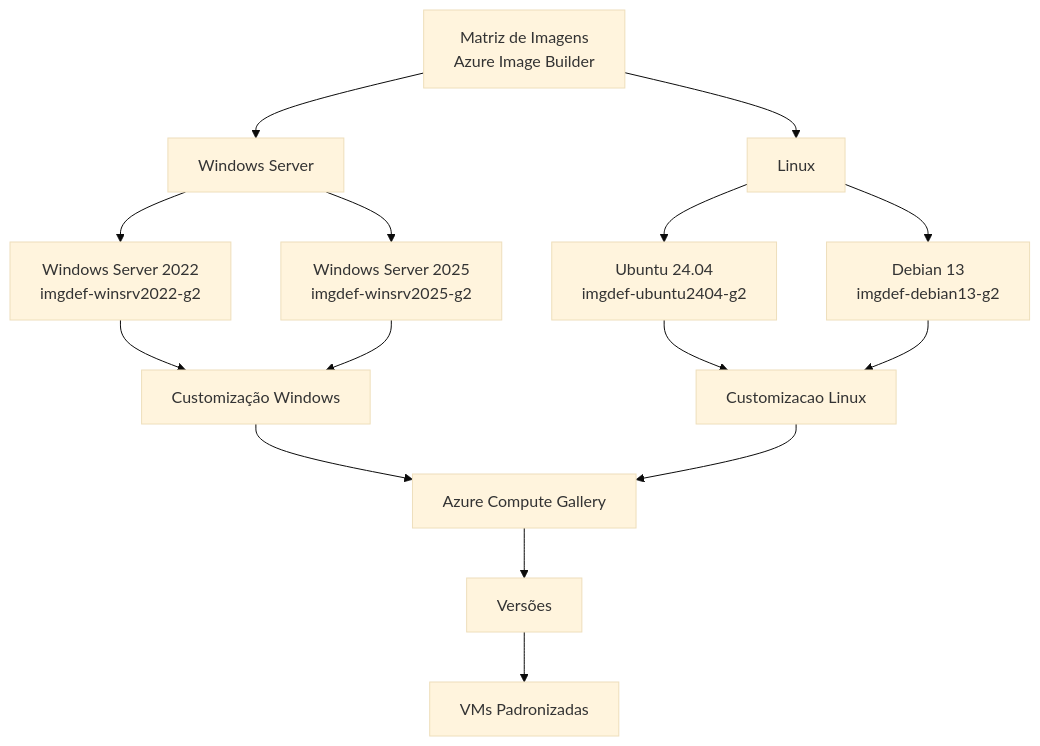
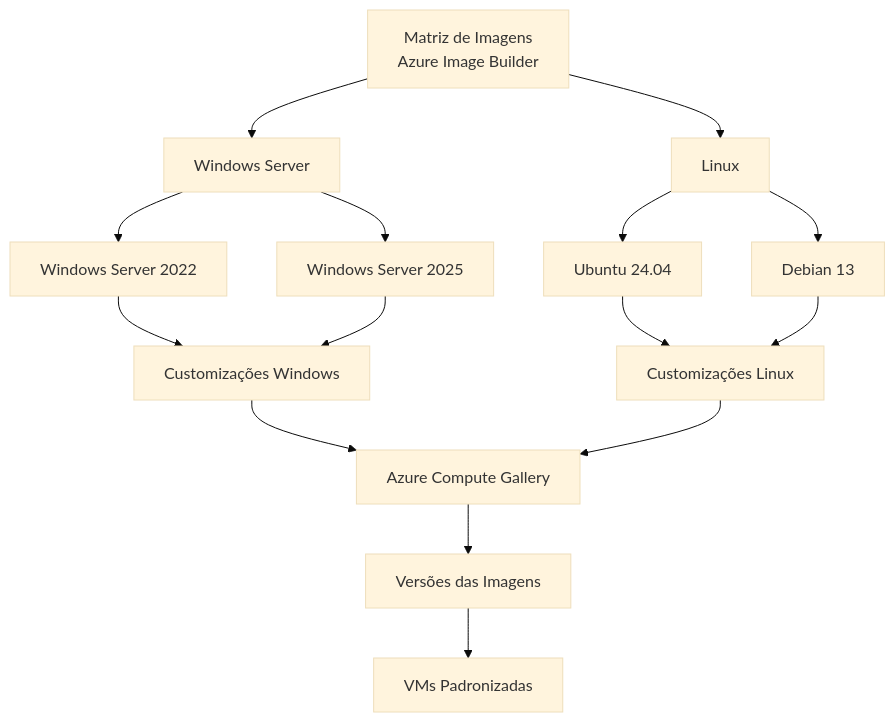
One commit to lfrleite/lfrleite.github.io changed the first of 4 diagrams in _posts/2026/2026-06-07-azure-image-builder-windows-linux.md. Above: the diagram before and after it, drawn with Mermaid (base theme). The commit also changed other lines of this file and 8 other files, not shown here.

````diff
--- a/_posts/2026/2026-06-07-azure-image-builder-windows-linux.md
+++ b/_posts/2026/2026-06-07-azure-image-builder-windows-linux.md
@@ -58,25 +58,25 @@
 ```mermaid
 flowchart TB
     A["Matriz de Imagens<br/>Azure Image Builder"]
 
     A --> W["Windows Server"]
     A --> L["Linux"]
 
-    W --> W22["Windows Server 2022<br/>imgdef-winsrv2022-g2"]
-    W --> W25["Windows Server 2025<br/>imgdef-winsrv2025-g2"]
+    W --> W22["Windows Server 2022"]
+    W --> W25["Windows Server 2025"]
 
-    L --> U24["Ubuntu 24.04<br/>imgdef-ubuntu2404-g2"]
-    L --> D13["Debian 13<br/>imgdef-debian13-g2"]
+    L --> U24["Ubuntu 24.04"]
+    L --> D13["Debian 13"]
 
-    W22 --> C1["Customização Windows"]
+    W22 --> C1["Customizações Windows"]
     W25 --> C1
 
-    U24 --> C2["Customizacao Linux"]
+    U24 --> C2["Customizações Linux"]
     D13 --> C2
 
     C1 --> G["Azure Compute Gallery"]
     C2 --> G
 
-    G --> V["Versões"]
+    G --> V["Versões das Imagens"]
     V --> VM["VMs Padronizadas"]
 ```
````
